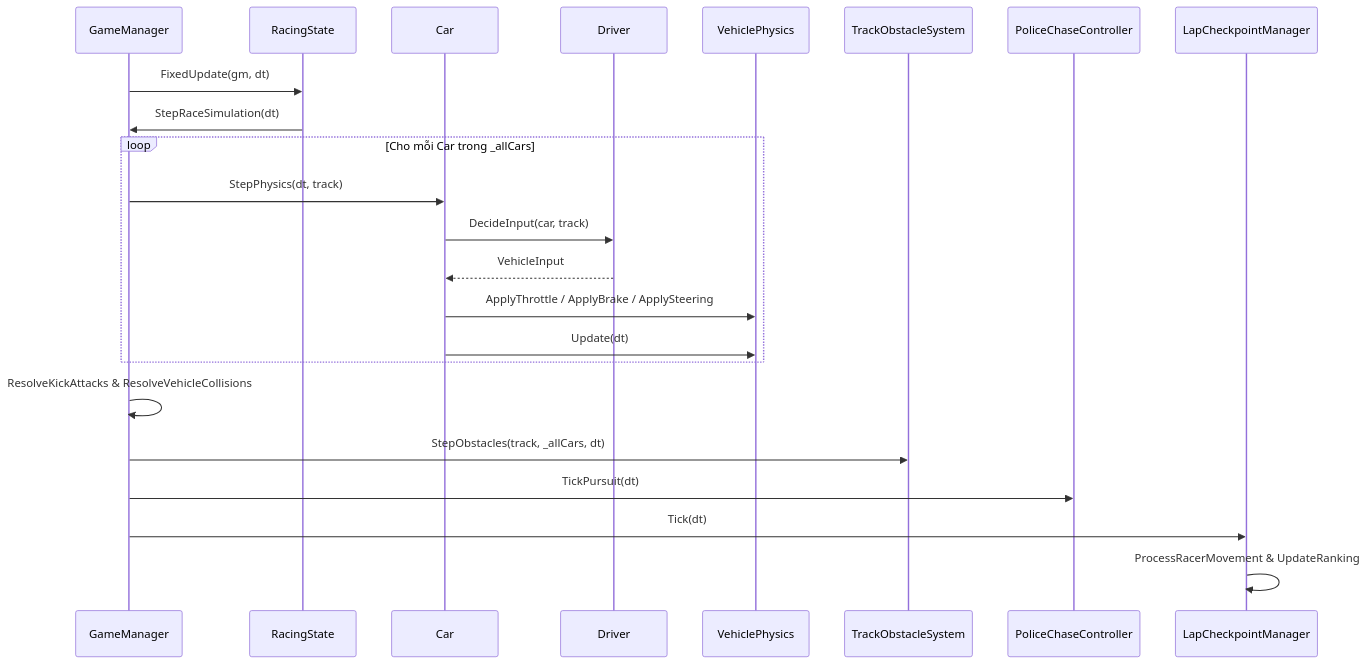
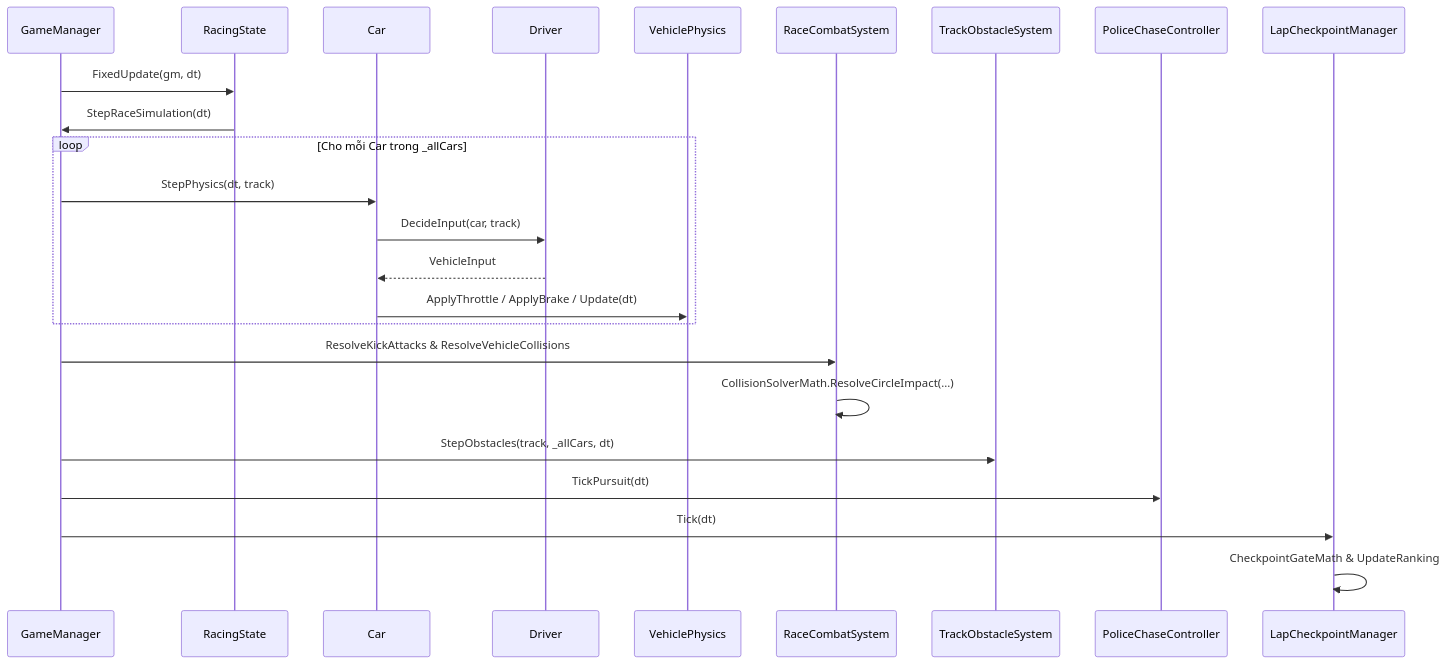
The fourth of 6 diagrams in Docs/BAO_CAO_KIEN_TRUC_OOP.md (tuongduongd/racing_2d), drawn with Mermaid before and after one commit. The commit also changed other lines of this file and 119 other files, not shown here.

````diff
--- a/Docs/BAO_CAO_KIEN_TRUC_OOP.md
+++ b/Docs/BAO_CAO_KIEN_TRUC_OOP.md
@@ -408,26 +485,27 @@
 ```mermaid
 sequenceDiagram
     participant GM as GameManager
     participant State as RacingState
     participant Car as Car
     participant Drv as Driver
     participant Phys as VehiclePhysics
+    participant Combat as RaceCombatSystem
     participant Obs as TrackObstacleSystem
     participant Pol as PoliceChaseController
     participant Lap as LapCheckpointManager
 
     GM->>State: FixedUpdate(gm, dt)
     State->>GM: StepRaceSimulation(dt)
     loop Cho mỗi Car trong _allCars
         GM->>Car: StepPhysics(dt, track)
         Car->>Drv: DecideInput(car, track)
         Drv-->>Car: VehicleInput
-        Car->>Phys: ApplyThrottle / ApplyBrake / ApplySteering
-        Car->>Phys: Update(dt)
+        Car->>Phys: ApplyThrottle / ApplyBrake / Update(dt)
     end
-    GM->>GM: ResolveKickAttacks & ResolveVehicleCollisions
+    GM->>Combat: ResolveKickAttacks & ResolveVehicleCollisions
+    Combat->>Combat: CollisionSolverMath.ResolveCircleImpact(...)
     GM->>Obs: StepObstacles(track, _allCars, dt)
     GM->>Pol: TickPursuit(dt)
     GM->>Lap: Tick(dt)
-    Lap->>Lap: ProcessRacerMovement & UpdateRanking
+    Lap->>Lap: CheckpointGateMath & UpdateRanking
 ```
````
